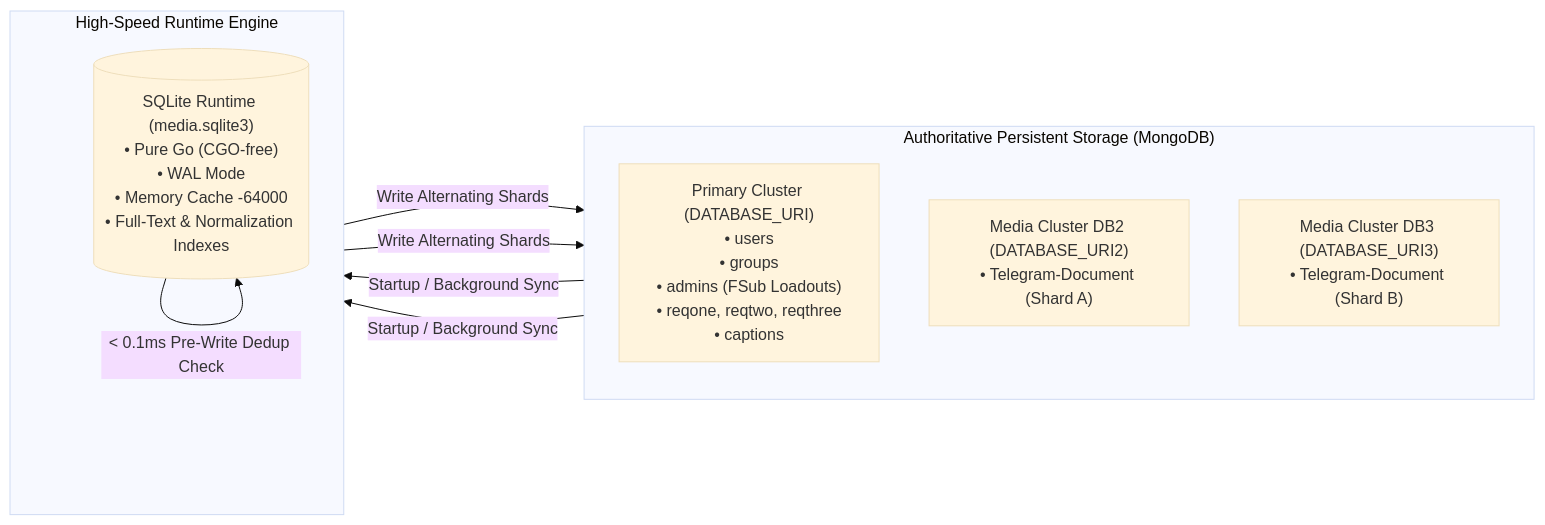
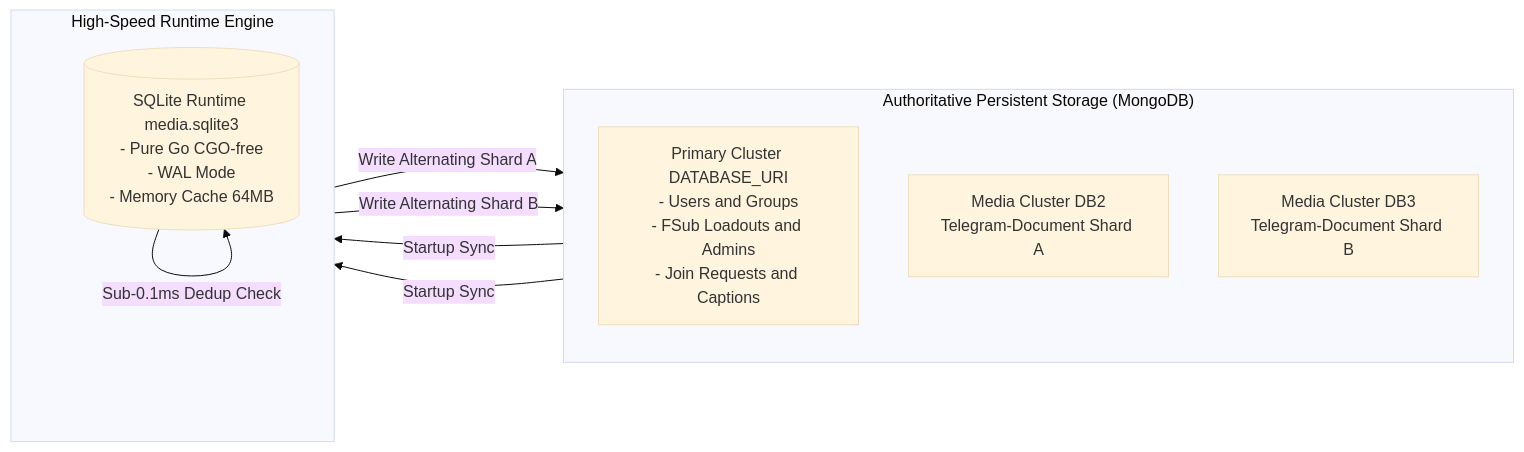
One commit to itsafxal/AutoFilter-Go changed the second of 4 diagrams in docs/ARCHITECTURE.md. Above: the diagram before and after it, drawn with Mermaid (base theme). The commit also changed other lines of this file and 1 other file, not shown here.

Commit message:
fix(docs): resolve Mermaid diagram parsing errors for GitHub renderer

````diff
--- a/docs/ARCHITECTURE.md
+++ b/docs/ARCHITECTURE.md
@@ -94,18 +94,20 @@
 ```mermaid
 flowchart LR
     subgraph Authoritative ["Authoritative Persistent Storage (MongoDB)"]
         direction TB
-        P["Primary Cluster (DATABASE_URI)<br/>• users<br/>• groups<br/>• admins (FSub Loadouts)<br/>• reqone, reqtwo, reqthree<br/>• captions"]
-        S2["Media Cluster DB2 (DATABASE_URI2)<br/>• Telegram-Document (Shard A)"]
-        S3["Media Cluster DB3 (DATABASE_URI3)<br/>• Telegram-Document (Shard B)"]
+        P["Primary Cluster DATABASE_URI<br/>- Users and Groups<br/>- FSub Loadouts and Admins<br/>- Join Requests and Captions"]
+        S2["Media Cluster DB2<br/>Telegram-Document Shard A"]
+        S3["Media Cluster DB3<br/>Telegram-Document Shard B"]
     end
 
     subgraph Runtime ["High-Speed Runtime Engine"]
         direction TB
-        SQL[("SQLite Runtime (media.sqlite3)<br/>• Pure Go (CGO-free)<br/>• WAL Mode<br/>• Memory Cache -64000<br/>• Full-Text & Normalization Indexes")]
+        SQL[("SQLite Runtime media.sqlite3<br/>- Pure Go CGO-free<br/>- WAL Mode<br/>- Memory Cache 64MB")]
     end
 
-    S2 & S3 -->|Startup / Background Sync| SQL
-    SQL -->|< 0.1ms Pre-Write Dedup Check| SQL
-    SQL -->|Write Alternating Shards| S2 & S3
+    S2 -->|Startup Sync| SQL
+    S3 -->|Startup Sync| SQL
+    SQL -->|Sub-0.1ms Dedup Check| SQL
+    SQL -->|Write Alternating Shard A| S2
+    SQL -->|Write Alternating Shard B| S3
 ```
````
